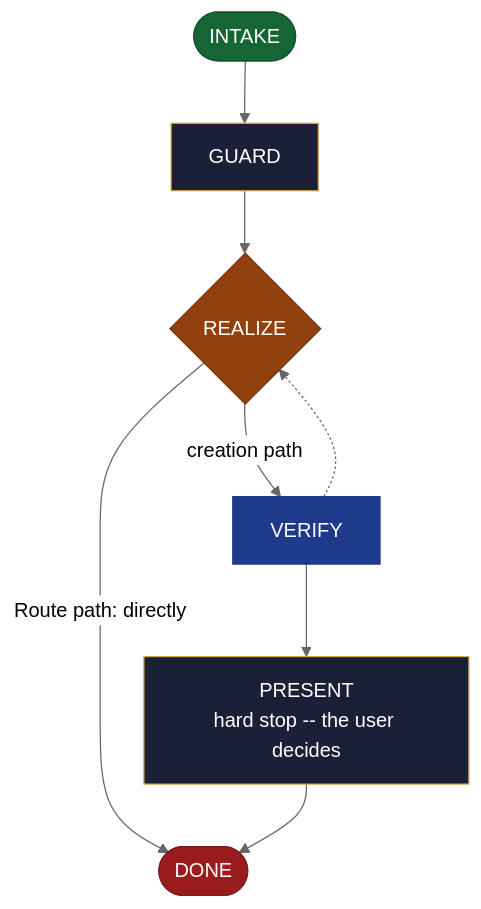
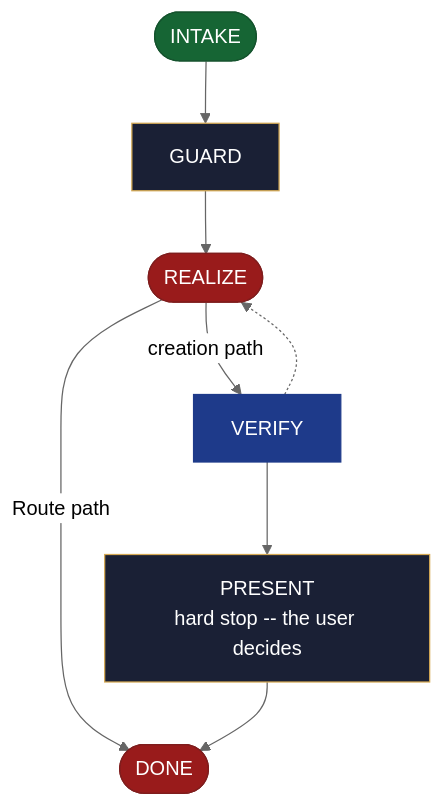
One commit to AndreVianna/aid-methodology changed the diagram in site/src/content/docs/skills/aid-create-mvp.md. Above: the diagram before and after it, drawn with Mermaid (neutral theme). The commit also changed other lines of this file and 34 other files, not shown here.

````diff
--- a/site/src/content/docs/skills/aid-create-mvp.md
+++ b/site/src/content/docs/skills/aid-create-mvp.md
@@ -20,34 +20,34 @@
 ```mermaid
 flowchart TB
   classDef aidNode color:#fff
   classDef aidEntry fill:#166534,stroke:#14532d,color:#fff
   classDef aidExit fill:#991b1b,stroke:#7f1d1d,color:#fff
   classDef aidDecision fill:#92400e,stroke:#78350f,color:#fff
   classDef aidLoopBack fill:#1e3a8a,stroke:#1e3a8a,color:#fff
   classDef aidStep fill:#1a2035,stroke:#d4a853,color:#f1f5f9
   n1(["INTAKE"])
   n2["GUARD"]
-  n3{"REALIZE"}
+  n3(["REALIZE"])
   n4["VERIFY"]
   n5["PRESENT<br/>hard stop -- the user decides"]
   n6(["DONE"])
   n1 --> n2
   n2 --> n3
   n3 -->|"creation path"| n4
-  n3 -->|"Route path: directly"| n6
+  n3 -->|"Route path"| n6
   n4 -.-> n3
   n4 --> n5
   n5 --> n6
   class n1 aidEntry
   class n2 aidStep
-  class n3 aidDecision
+  class n3 aidExit
   class n4 aidLoopBack
   class n5 aidStep
   class n6 aidExit
   class n1 aidNode
   class n2 aidNode
   class n3 aidNode
   class n4 aidNode
   class n5 aidNode
   class n6 aidNode
 ```
````
